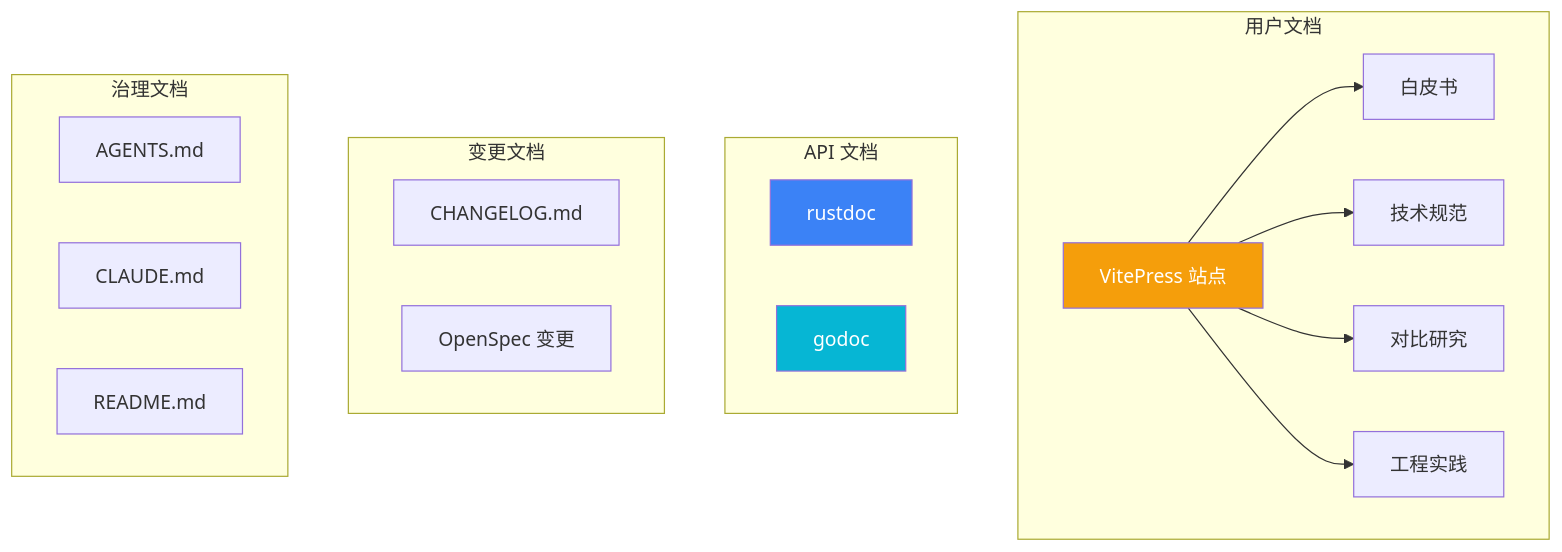
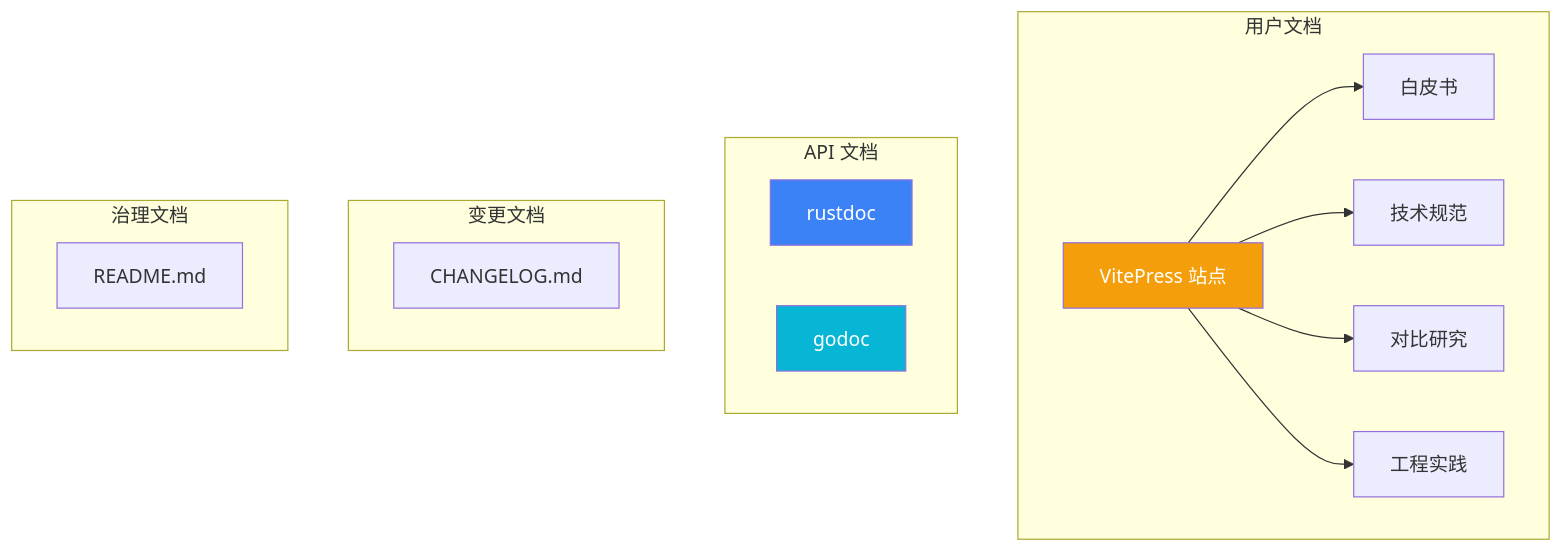
The first of 2 diagrams in docs/engineering/documentation.md (build-workbench/utop), drawn with Mermaid before and after one commit. The commit also changed other lines of this file and 185 other files, not shown here.

````diff
--- a/docs/engineering/documentation.md
+++ b/docs/engineering/documentation.md
@@ -7,30 +7,27 @@
 ```mermaid
 graph TB
     subgraph "用户文档"
         A[VitePress 站点]
         A --> B[白皮书]
         A --> C[技术规范]
         A --> D[对比研究]
         A --> E[工程实践]
     end
     
     subgraph "API 文档"
         F[rustdoc]
         G[godoc]
     end
     
     subgraph "变更文档"
         H[CHANGELOG.md]
-        I[OpenSpec 变更]
     end
     
     subgraph "治理文档"
-        J[AGENTS.md]
-        K[CLAUDE.md]
         L[README.md]
     end
     
     style A fill:#f59e0b,color:#fff
     style F fill:#3b82f6,color:#fff
     style G fill:#06b6d4,color:#fff
 ```
````
